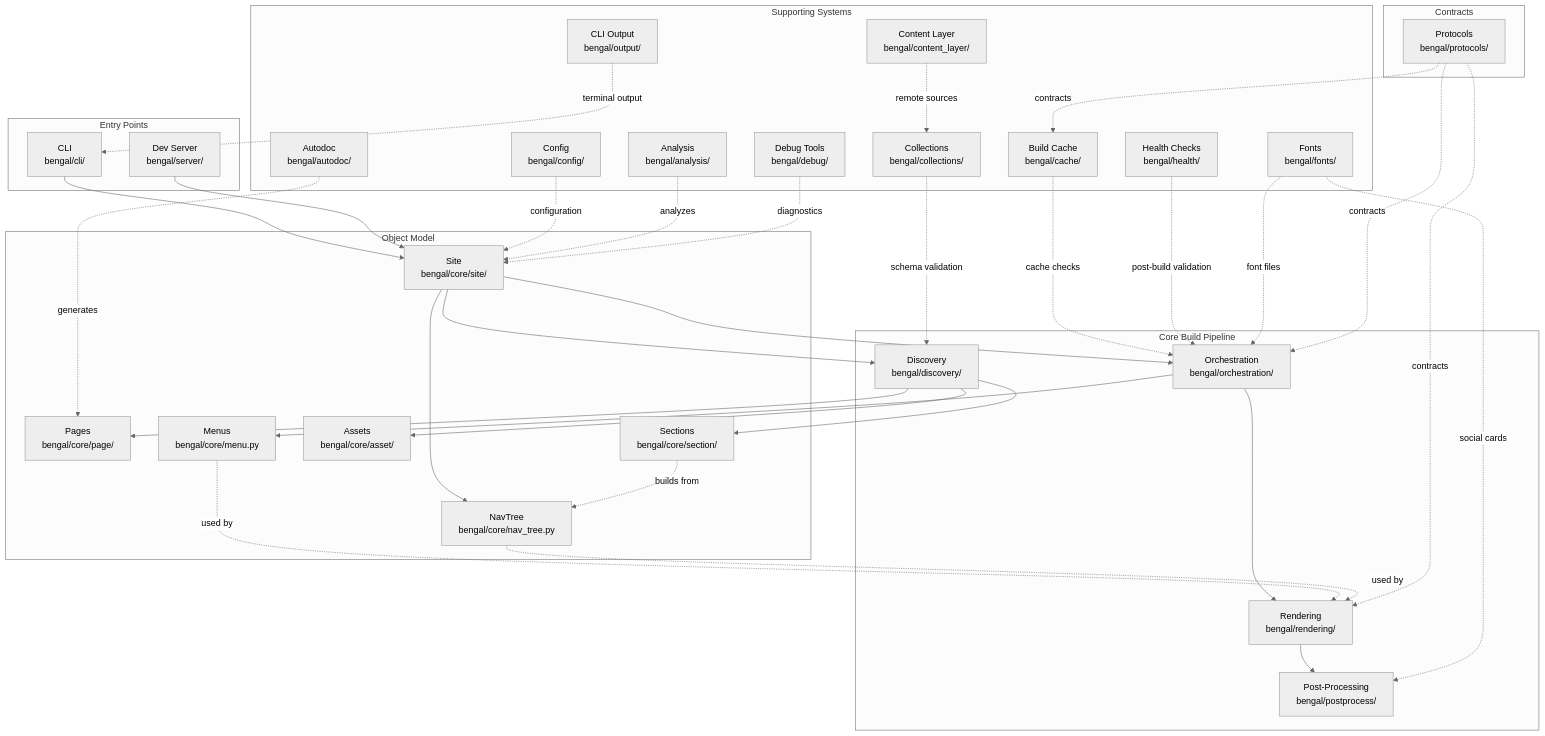
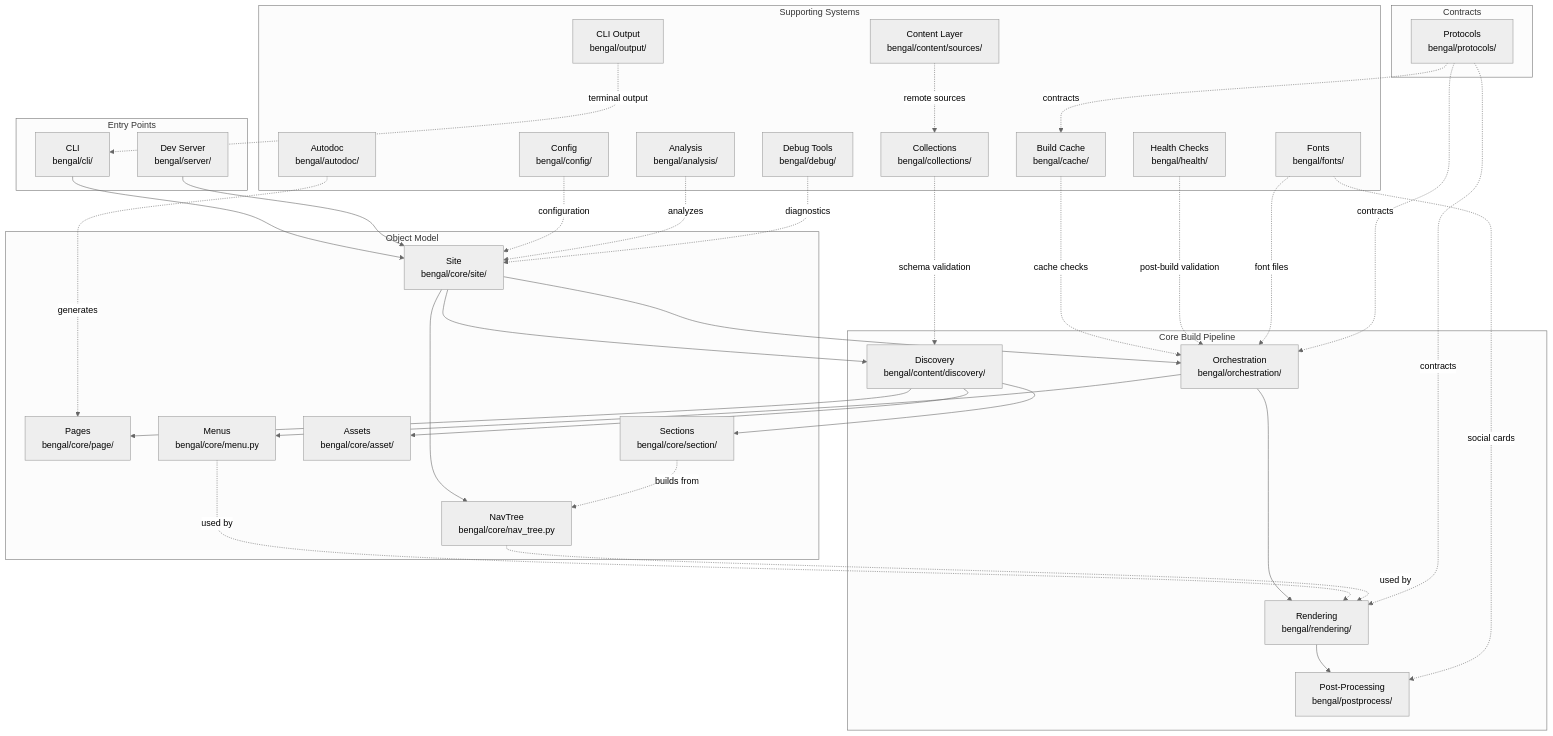
One commit to lbliii/bengal changed the diagram in site/content/docs/reference/architecture/_index.md. Above: the diagram before and after it, drawn with Mermaid (neutral theme). The commit also changed 427 other files, not shown here.

````diff
--- a/site/content/docs/reference/architecture/_index.md
+++ b/site/content/docs/reference/architecture/_index.md
@@ -42,69 +42,69 @@
 ```mermaid
 graph TB
     subgraph "Entry Points"
         CLI[CLI<br/>bengal/cli/]
         Server[Dev Server<br/>bengal/server/]
     end
 
     subgraph "Core Build Pipeline"
-        Discovery[Discovery<br/>bengal/discovery/]
+        Discovery[Discovery<br/>bengal/content/discovery/]
         Orchestration[Orchestration<br/>bengal/orchestration/]
         Rendering[Rendering<br/>bengal/rendering/]
         PostProcess[Post-Processing<br/>bengal/postprocess/]
     end
 
     subgraph "Object Model"
         Site[Site<br/>bengal/core/site/]
         Pages[Pages<br/>bengal/core/page/]
         Sections[Sections<br/>bengal/core/section/]
         Assets[Assets<br/>bengal/core/asset/]
         Menus[Menus<br/>bengal/core/menu.py]
         NavTree[NavTree<br/>bengal/core/nav_tree.py]
     end
 
     subgraph "Contracts"
         Protocols[Protocols<br/>bengal/protocols/]
     end
 
     subgraph "Supporting Systems"
         Cache[Build Cache<br/>bengal/cache/]
         Health[Health Checks<br/>bengal/health/]
         Autodoc[Autodoc<br/>bengal/autodoc/]
         Config[Config<br/>bengal/config/]
         Analysis[Analysis<br/>bengal/analysis/]
         Fonts[Fonts<br/>bengal/fonts/]
         Collections[Collections<br/>bengal/collections/]
-        ContentLayer[Content Layer<br/>bengal/content_layer/]
+        ContentLayer[Content Layer<br/>bengal/content/sources/]
         Output[CLI Output<br/>bengal/output/]
         Debug[Debug Tools<br/>bengal/debug/]
     end
 
     CLI --> Site
     Server --> Site
     Site --> Discovery
     Discovery --> Pages
     Discovery --> Sections
     Discovery --> Assets
     Site --> Orchestration
     Orchestration --> Menus
     Orchestration --> Rendering
     Site --> NavTree
     Sections -.->|"builds from"| NavTree
     Menus -.->|"used by"| Rendering
     NavTree -.->|"used by"| Rendering
     Rendering --> PostProcess
     Cache -.->|"cache checks"| Orchestration
     Health -.->|"post-build validation"| Orchestration
     Autodoc -.->|"generates"| Pages
     Config -.->|"configuration"| Site
     Analysis -.->|"analyzes"| Site
     Fonts -.->|"font files"| Orchestration
     Fonts -.->|"social cards"| PostProcess
     Collections -.->|"schema validation"| Discovery
     ContentLayer -.->|"remote sources"| Collections
     Output -.->|"terminal output"| CLI
     Debug -.->|"diagnostics"| Site
     Protocols -.->|"contracts"| Rendering
     Protocols -.->|"contracts"| Cache
     Protocols -.->|"contracts"| Orchestration
 ```
````
